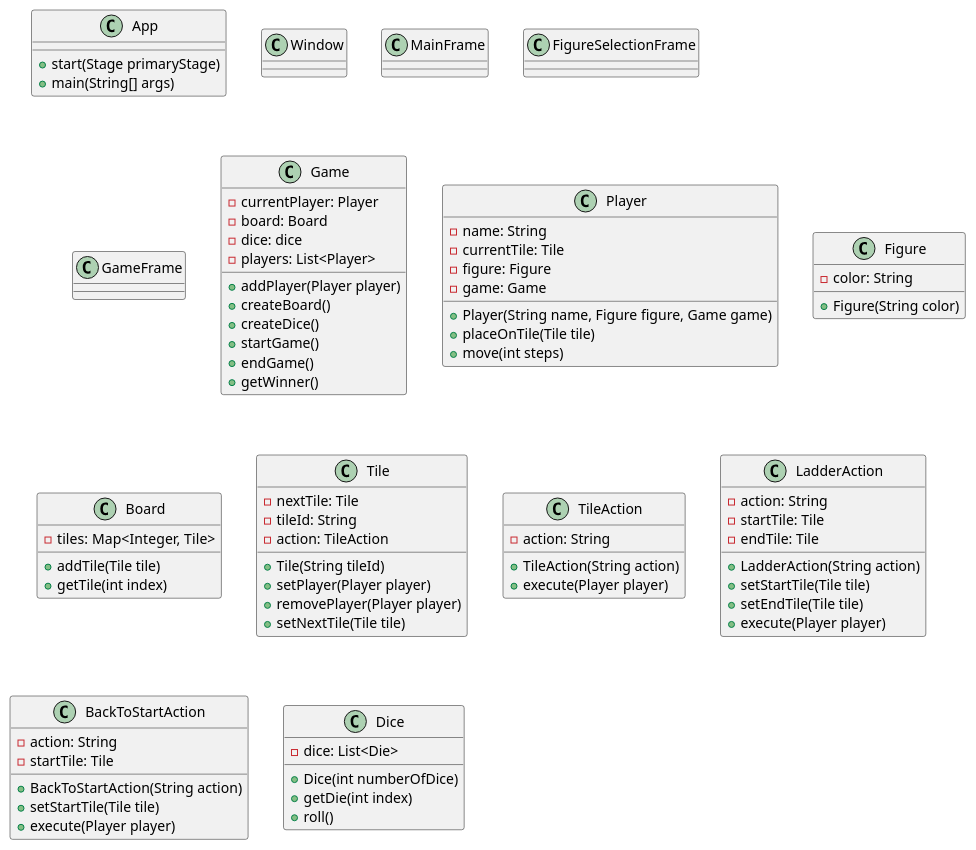
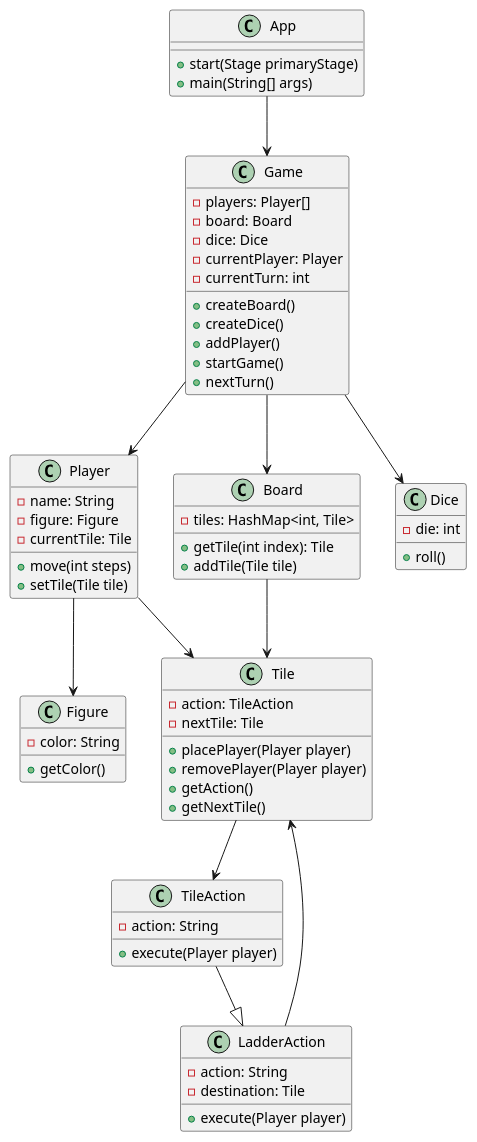
Before and after one commit to Segward/ladder-game: the diagram in classdiagram.puml, drawn with PlantUML. The commit also changed 1 other file, not shown here.

Commit message:
Completed first draft of class diagram mvp part 1

```diff
--- a/classdiagram.puml
+++ b/classdiagram.puml
@@ -1,99 +1,76 @@
 @startuml
 
 class App {
     +start(Stage primaryStage)
     +main(String[] args)
 }
 
-class Window {
-
-}
-
-class MainFrame {
-
-}
-
-class FigureSelectionFrame {
-
-}
-
-class GameFrame {
-
-}
-
 class Game {
+    -players: Player[]
+    -board: Board
+    -dice: Dice
     -currentPlayer: Player
-    -board: Board
-    -dice: dice
-    -players: List<Player>
-    +addPlayer(Player player)
+    -currentTurn: int
     +createBoard()
     +createDice()
+    +addPlayer()
     +startGame()
-    +endGame()
-    +getWinner()
+    +nextTurn()
 }
 
 class Player {
     -name: String
+    -figure: Figure
     -currentTile: Tile
-    -figure: Figure
-    -game: Game
-    +Player(String name, Figure figure, Game game)
-    +placeOnTile(Tile tile)
     +move(int steps)
+    +setTile(Tile tile)
 }
 
 class Figure {
     -color: String
-    +Figure(String color)
+    +getColor()
 }
 
 class Board {
-    -tiles: Map<Integer, Tile>
+    -tiles: HashMap<int, Tile>
+    +getTile(int index): Tile
     +addTile(Tile tile)
-    +getTile(int index)
+}
+
+class Dice {
+    -die: int
+    +roll()
 }
 
 class Tile {
+    -action: TileAction
     -nextTile: Tile
-    -tileId: String
-    -action: TileAction
-    +Tile(String tileId)
-    +setPlayer(Player player)
+    +placePlayer(Player player)
     +removePlayer(Player player)
-    +setNextTile(Tile tile)
+    +getAction()
+    +getNextTile()
 }
 
 class TileAction {
     -action: String
-    +TileAction(String action)
     +execute(Player player)
 }
 
 class LadderAction {
     -action: String
-    -startTile: Tile
-    -endTile: Tile
-    +LadderAction(String action)
-    +setStartTile(Tile tile)
-    +setEndTile(Tile tile)
+    -destination: Tile
     +execute(Player player)
 }
 
-class BackToStartAction {
-    -action: String
-    -startTile: Tile
-    +BackToStartAction(String action)
-    +setStartTile(Tile tile)
-    +execute(Player player)
-}
-
-class Dice {
-    -dice: List<Die>
-    +Dice(int numberOfDice)
-    +getDie(int index)
-    +roll()
-}
+App --> Game
+Game --> Player
+Game --> Board
+Game --> Dice
+Player --> Figure
+Board --> Tile
+Tile --> TileAction
+TileAction --|> LadderAction
+LadderAction --> Tile
+Player --> Tile
 
 @enduml
```
